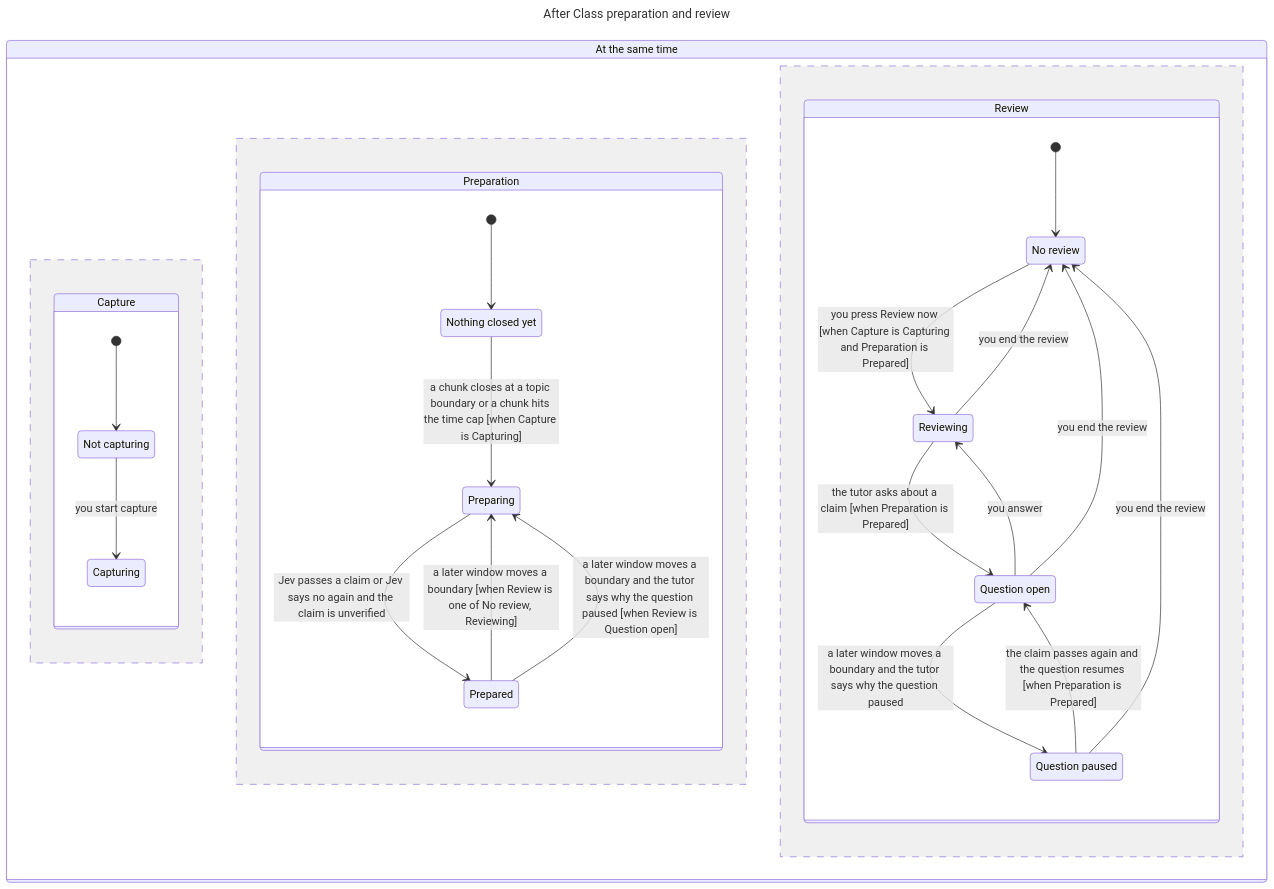
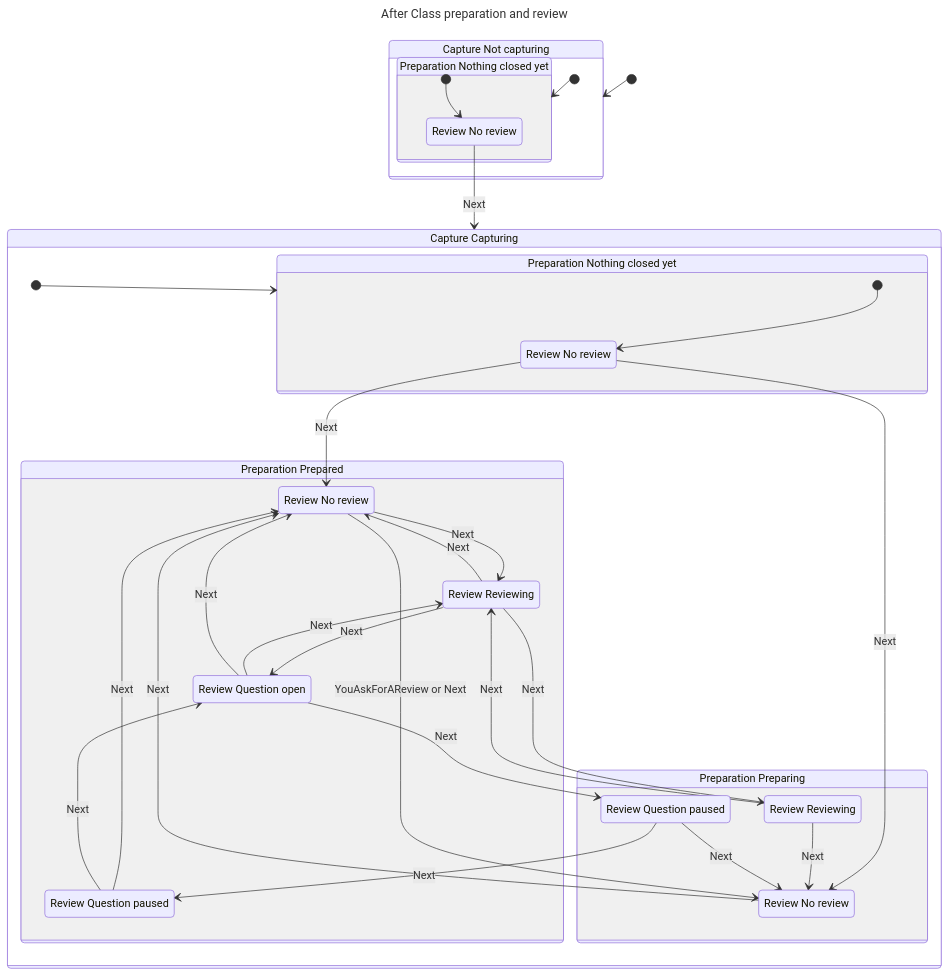
The diagram in docs/flows/model/out-preparation/chart/chart.mmd (DerekHertz/after-class), drawn with Mermaid before and after one commit. The commit also changed 39 other files, not shown here.

First line of the commit message:
feat(prep): prepare a lecture only once someone asks for its review

```diff
--- a/docs/flows/model/out-preparation/chart/chart.mmd
+++ b/docs/flows/model/out-preparation/chart/chart.mmd
@@ -1,40 +1,48 @@
 ---
 title: "After Class preparation and review"
 ---
 stateDiagram-v2
-  direction LR
-  state "At the same time" as all {
-    state "Capture" as r0 {
-      s0: Not capturing
-      s1: Capturing
-      [*] --> s0
-      s0 --> s1: you start capture
+  state "Capture Not capturing" as s0 {
+    state "Preparation Nothing closed yet" as s1 {
+      s2: Review No review
+      [*] --> s2
     }
-    --
-    state "Preparation" as r1 {
-      s2: Nothing closed yet
-      s3: Preparing
-      s4: Prepared
-      [*] --> s2
-      s2 --> s3: a chunk closes at a topic boundary or a chunk hits the time cap [when Capture is Capturing]
-      s3 --> s4: Jev passes a claim or Jev says no again and the claim is unverified
-      s4 --> s3: a later window moves a boundary [when Review is one of No review, Reviewing]
-      s4 --> s3: a later window moves a boundary and the tutor says why the question paused [when Review is Question open]
+    [*] --> s1
+  }
+  state "Capture Capturing" as s3 {
+    state "Preparation Nothing closed yet" as s4 {
+      s5: Review No review
+      [*] --> s5
     }
-    --
-    state "Review" as r2 {
-      s5: No review
-      s6: Reviewing
-      s7: Question open
-      s8: Question paused
-      [*] --> s5
-      s5 --> s6: you press Review now [when Capture is Capturing and Preparation is Prepared]
-      s6 --> s5: you end the review
-      s6 --> s7: the tutor asks about a claim [when Preparation is Prepared]
-      s7 --> s6: you answer
-      s7 --> s5: you end the review
-      s7 --> s8: a later window moves a boundary and the tutor says why the question paused
-      s8 --> s5: you end the review
-      s8 --> s7: the claim passes again and the question resumes [when Preparation is Prepared]
+    state "Preparation Prepared" as s6 {
+      s7: Review No review
+      s8: Review Reviewing
+      s9: Review Question open
+      s10: Review Question paused
     }
+    state "Preparation Preparing" as s11 {
+      s12: Review No review
+      s13: Review Reviewing
+      s14: Review Question paused
+    }
+    [*] --> s4
   }
+  [*] --> s0
+  s2 --> s3: Next
+  s5 --> s7: Next
+  s5 --> s12: Next
+  s7 --> s12: YouAskForAReview or Next
+  s12 --> s7: Next
+  s7 --> s8: Next
+  s8 --> s7: Next
+  s8 --> s9: Next
+  s9 --> s8: Next
+  s9 --> s7: Next
+  s8 --> s13: Next
+  s13 --> s8: Next
+  s13 --> s12: Next
+  s9 --> s14: Next
+  s14 --> s12: Next
+  s14 --> s10: Next
+  s10 --> s7: Next
+  s10 --> s9: Next
```
